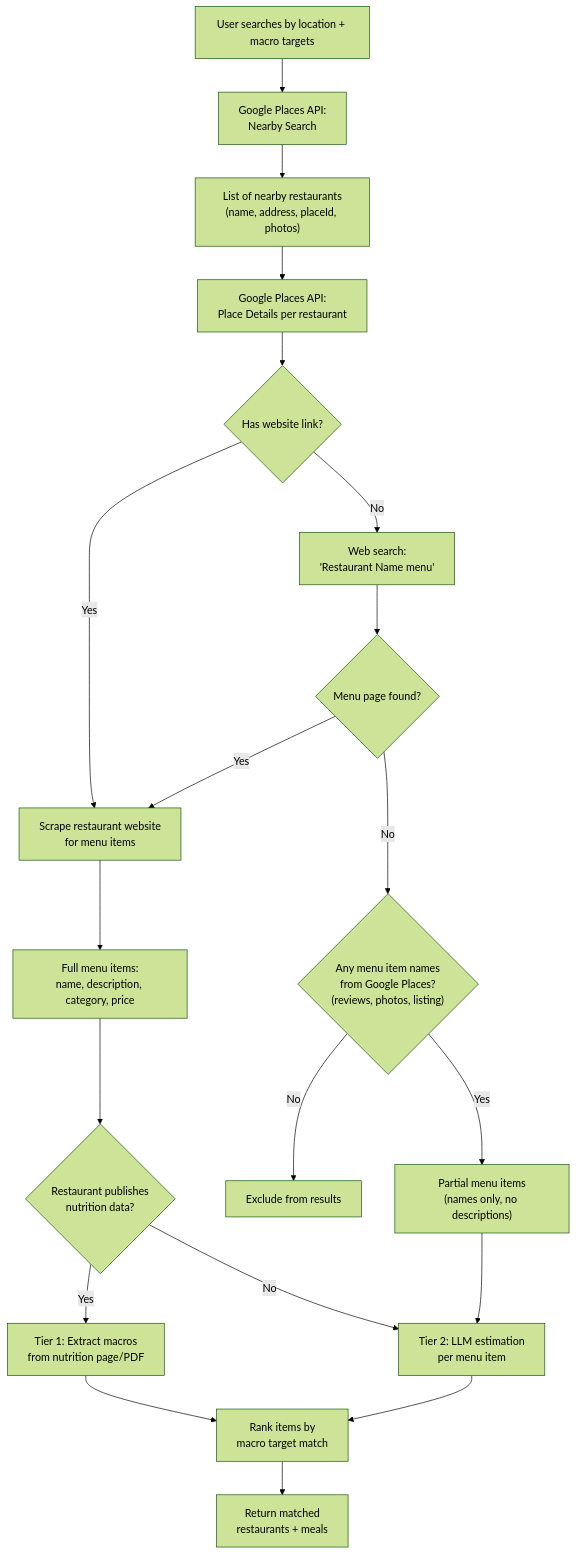
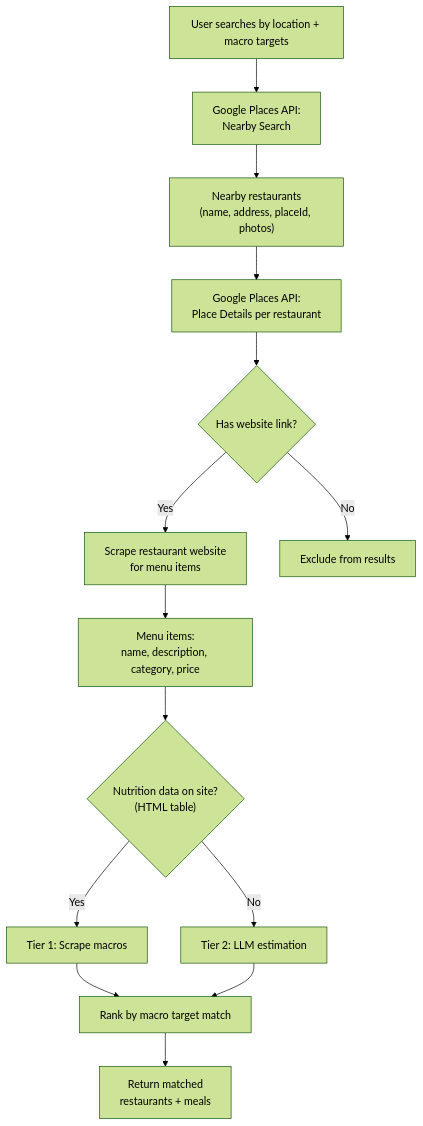
The second of 4 diagrams in docs/engineering/backend/system-design.md (dgmolla/fitsy), drawn with Mermaid (forest theme) before and after one commit. The commit also changed other lines of this file, not shown here.

````diff
--- a/docs/engineering/backend/system-design.md
+++ b/docs/engineering/backend/system-design.md
@@ -104,30 +100,21 @@
 ```mermaid
 flowchart TD
     Search["User searches by location + macro targets"]
     Search --> GP["Google Places API:<br/>Nearby Search"]
-    GP --> Restaurants["List of nearby restaurants<br/>(name, address, placeId, photos)"]
+    GP --> Restaurants["Nearby restaurants<br/>(name, address, placeId, photos)"]
     Restaurants --> Details["Google Places API:<br/>Place Details per restaurant"]
     Details --> HasWebsite{"Has website link?"}
 
     HasWebsite -- "Yes" --> Scrape["Scrape restaurant website<br/>for menu items"]
-    HasWebsite -- "No" --> WebSearch["Web search:<br/>'Restaurant Name menu'"]
+    HasWebsite -- "No" --> Skip["Exclude from results"]
 
-    WebSearch --> WebFound{"Menu page found?"}
-    WebFound -- "Yes" --> Scrape
-    WebFound -- "No" --> GPData{"Any menu item names<br/>from Google Places?<br/>(reviews, photos, listing)"}
+    Scrape --> Items["Menu items:<br/>name, description, category, price"]
+    Items --> NutritionCheck{"Nutrition data on site?<br/>(HTML table)"}
 
-    GPData -- "Yes" --> PartialItems["Partial menu items<br/>(names only, no descriptions)"]
-    GPData -- "No" --> Skip["Exclude from results"]
+    NutritionCheck -- "Yes" --> Tier1["Tier 1: Scrape macros"]
+    NutritionCheck -- "No" --> Tier2["Tier 2: LLM estimation"]
 
-    Scrape --> Items["Full menu items:<br/>name, description, category, price"]
-    Items --> NutritionCheck{"Restaurant publishes<br/>nutrition data?"}
-
-    NutritionCheck -- "Yes" --> Tier1["Tier 1: Extract macros<br/>from nutrition page/PDF"]
-    NutritionCheck -- "No" --> Tier2["Tier 2: LLM estimation<br/>per menu item"]
-
-    PartialItems --> Tier2
-
-    Tier1 --> Ranked["Rank items by<br/>macro target match"]
+    Tier1 --> Ranked["Rank by macro target match"]
     Tier2 --> Ranked
     Ranked --> Results["Return matched<br/>restaurants + meals"]
 ```
````
